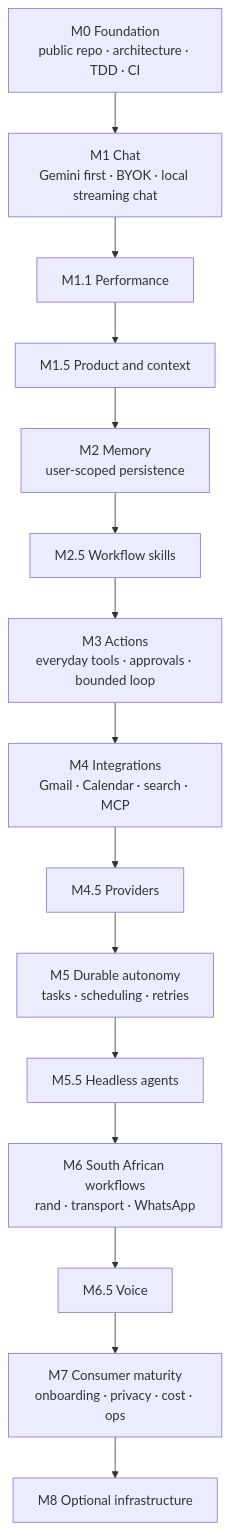
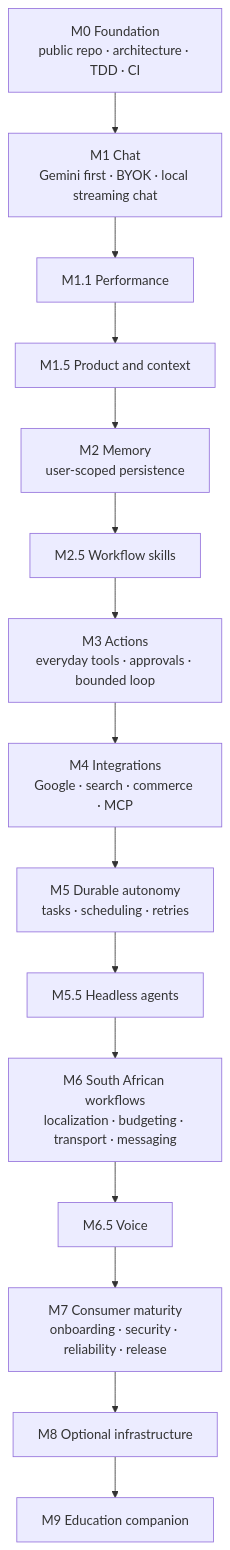
Before and after one commit to leeroy-chakanyuka/chomiii: the diagram in docs/roadmap.md, drawn with Mermaid. The commit also changed other lines of this file, not shown here.

Commit message:
docs: expand Chomiii milestones without timeline commitments

````diff
--- a/docs/roadmap.md
+++ b/docs/roadmap.md
@@ -11,12 +13,12 @@
 ```mermaid
 flowchart TD
     M0["M0 Foundation<br/>public repo · architecture · TDD · CI"]
     M1["M1 Chat<br/>Gemini first · BYOK · local streaming chat"]
     M2["M2 Memory<br/>user-scoped persistence"]
     M3["M3 Actions<br/>everyday tools · approvals · bounded loop"]
-    M4["M4 Integrations<br/>Gmail · Calendar · search · MCP"]
+    M4["M4 Integrations<br/>Google · search · commerce · MCP"]
     M5["M5 Durable autonomy<br/>tasks · scheduling · retries"]
-    M6["M6 South African workflows<br/>rand · transport · WhatsApp"]
-    M7["M7 Consumer maturity<br/>onboarding · privacy · cost · ops"]
-    M0 --> M1 --> M11["M1.1 Performance"] --> M15["M1.5 Product and context"] --> M2 --> M25["M2.5 Workflow skills"] --> M3 --> M4 --> M45["M4.5 Providers"] --> M5 --> M55["M5.5 Headless agents"] --> M6 --> M65["M6.5 Voice"] --> M7 --> M8["M8 Optional infrastructure"]
+    M6["M6 South African workflows<br/>localization · budgeting · transport · messaging"]
+    M7["M7 Consumer maturity<br/>onboarding · security · reliability · release"]
+    M0 --> M1 --> M11["M1.1 Performance"] --> M15["M1.5 Product and context"] --> M2 --> M25["M2.5 Workflow skills"] --> M3 --> M4 --> M5 --> M55["M5.5 Headless agents"] --> M6 --> M65["M6.5 Voice"] --> M7 --> M8["M8 Optional infrastructure"] --> M9["M9 Education companion"]
 ```
````
